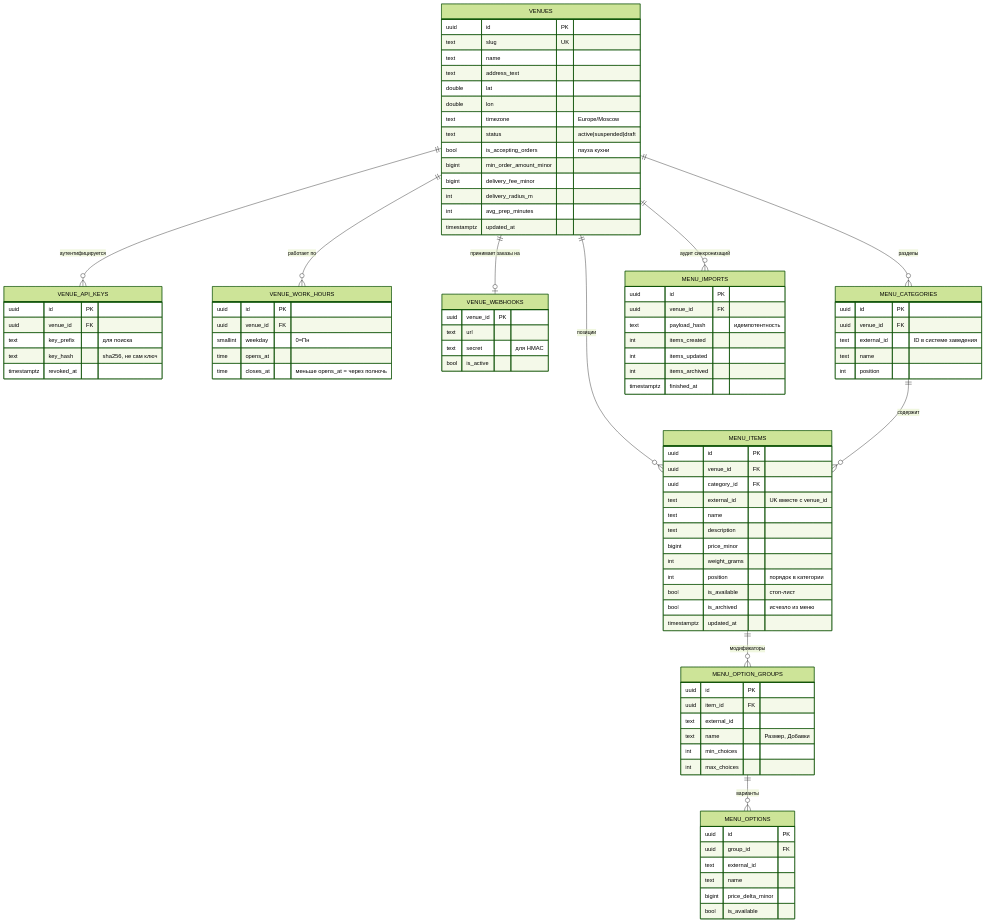
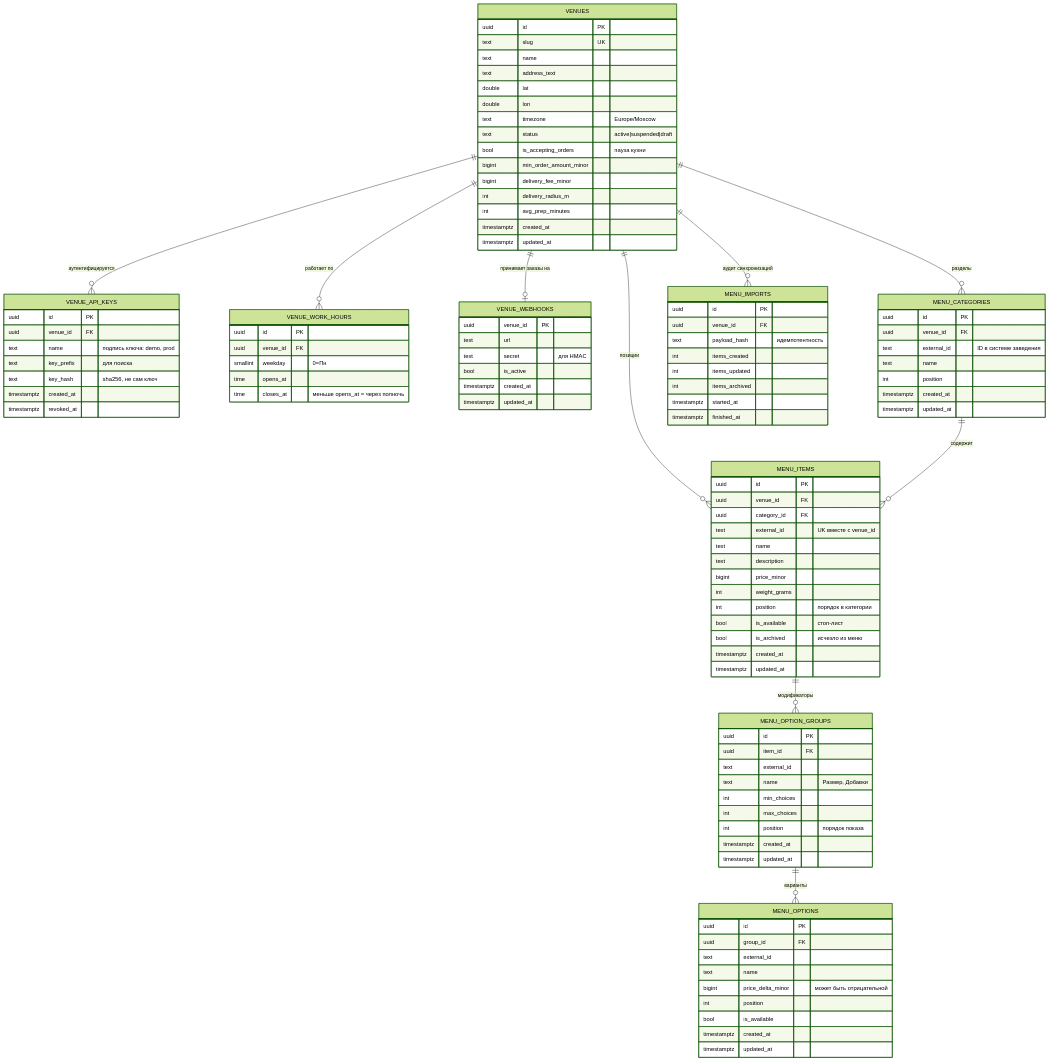
Before and after one commit to EmotionlessDev/avito2026internship: the tenth of 12 diagrams in docs/DESIGN.md, drawn with Mermaid (forest theme). The commit also changed other lines of this file and 23 other files, not shown here.

First line of the commit message:
feat: этап 1 — схема БД, миграции и демо-данные

````diff
--- a/docs/DESIGN.md
+++ b/docs/DESIGN.md
@@ -522,13 +522,16 @@
         bigint delivery_fee_minor
         int delivery_radius_m
         int avg_prep_minutes
+        timestamptz created_at
         timestamptz updated_at
     }
     VENUE_API_KEYS {
         uuid id PK
         uuid venue_id FK
+        text name "подпись ключа: demo, prod"
         text key_prefix "для поиска"
         text key_hash "sha256, не сам ключ"
+        timestamptz created_at
         timestamptz revoked_at
     }
     VENUE_WORK_HOURS {
@@ -543,6 +546,8 @@
         text url
         text secret "для HMAC"
         bool is_active
+        timestamptz created_at
+        timestamptz updated_at
     }
     MENU_CATEGORIES {
         uuid id PK
@@ -550,6 +555,8 @@
         text external_id "ID в системе заведения"
         text name
         int position
+        timestamptz created_at
+        timestamptz updated_at
     }
     MENU_ITEMS {
         uuid id PK
@@ -563,6 +570,7 @@
         int position "порядок в категории"
         bool is_available "стоп-лист"
         bool is_archived "исчезло из меню"
+        timestamptz created_at
         timestamptz updated_at
     }
     MENU_OPTION_GROUPS {
@@ -572,14 +580,20 @@
         text name "Размер, Добавки"
         int min_choices
         int max_choices
+        int position "порядок показа"
+        timestamptz created_at
+        timestamptz updated_at
     }
     MENU_OPTIONS {
         uuid id PK
         uuid group_id FK
         text external_id
         text name
-        bigint price_delta_minor
+        bigint price_delta_minor "может быть отрицательной"
+        int position
         bool is_available
+        timestamptz created_at
+        timestamptz updated_at
     }
     MENU_IMPORTS {
         uuid id PK
@@ -588,6 +602,7 @@
         int items_created
         int items_updated
         int items_archived
+        timestamptz started_at
         timestamptz finished_at
     }
 ```
````
